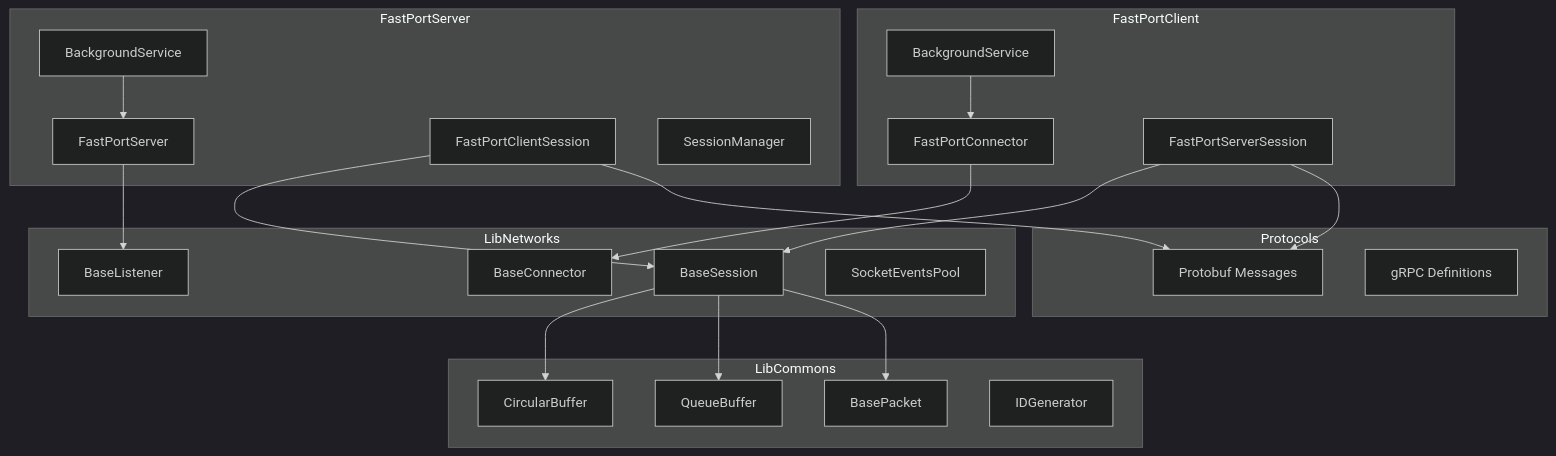
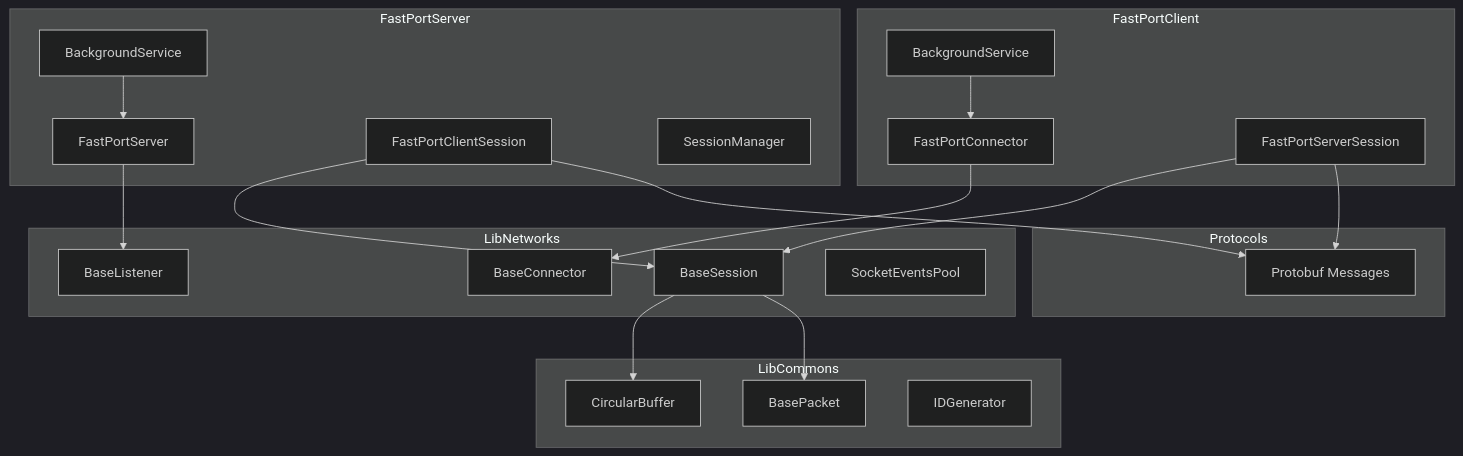
Before and after one commit to boinred/FastPortSharp: the first of 2 diagrams in README.md, drawn with Mermaid (dark theme). The commit also changed other lines of this file and 24 other files, not shown here.

````diff
--- a/README.md
+++ b/README.md
@@ -69,49 +91,46 @@
 ```mermaid
 flowchart TB
     subgraph Client ["FastPortClient"]
         CC[FastPortConnector]
         CSS[FastPortServerSession]
         CBS[BackgroundService]
     end
     
     subgraph Server ["FastPortServer"]
         FS[FastPortServer]
         FCS[FastPortClientSession]
         FSM[SessionManager]
         SBS[BackgroundService]
     end
     
     subgraph LibNetworks ["LibNetworks"]
         BL[BaseListener]
         BC[BaseConnector]
         BS[BaseSession]
         SEP[SocketEventsPool]
     end
     
     subgraph LibCommons ["LibCommons"]
         CB[CircularBuffer]
-        QB[QueueBuffer]
         BP[BasePacket]
         IDG[IDGenerator]
     end
     
     subgraph Protocols ["Protocols"]
         PB[Protobuf Messages]
-        GRPC[gRPC Definitions]
     end
     
     CC --> BC
     CSS --> BS
     FS --> BL
     FCS --> BS
     
     BS --> CB
-    BS --> QB
     BS --> BP
     
     FCS --> PB
     CSS --> PB
     
     CBS --> CC
     SBS --> FS
 ```
````
